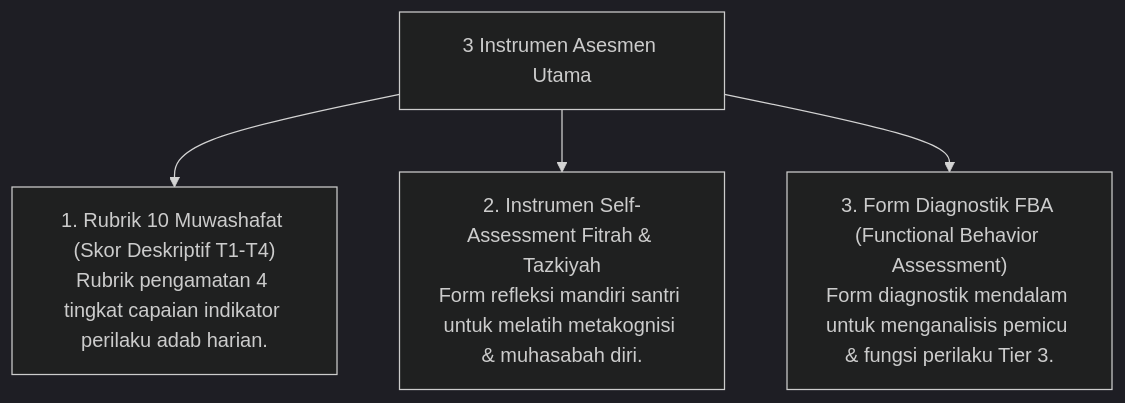
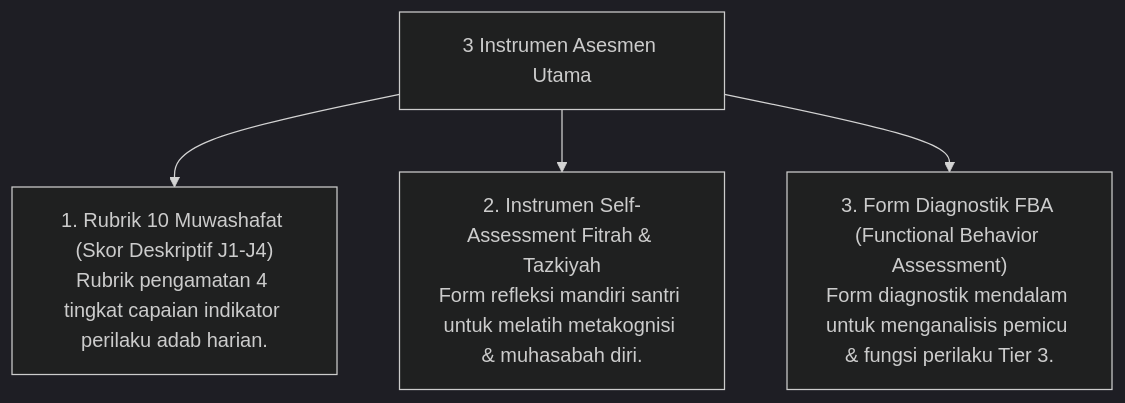
The diagram in 11 Tools/01 Assessment Tools/P11-01-Instrumen-Asesmen-Karakter.md (wandiapriliyandi/tumbuh), drawn with Mermaid (dark theme) before and after one commit. The commit also changed 209 other files, not shown here.

````diff
--- a/11 Tools/01 Assessment Tools/P11-01-Instrumen-Asesmen-Karakter.md
+++ b/11 Tools/01 Assessment Tools/P11-01-Instrumen-Asesmen-Karakter.md
@@ -14,7 +14,7 @@
 ```mermaid
 graph TD
     AssessToolsMap["3 Instrumen Asesmen Utama"]
-    AssessToolsMap --> RubrikMuwashafat["1. Rubrik 10 Muwashafat (Skor Deskriptif T1-T4)<br/>Rubrik pengamatan 4 tingkat capaian indikator perilaku adab harian."]
+    AssessToolsMap --> RubrikMuwashafat["1. Rubrik 10 Muwashafat (Skor Deskriptif J1-J4)<br/>Rubrik pengamatan 4 tingkat capaian indikator perilaku adab harian."]
     AssessToolsMap --> SelfFitrah["2. Instrumen Self-Assessment Fitrah & Tazkiyah<br/>Form refleksi mandiri santri untuk melatih metakognisi & muhasabah diri."]
     AssessToolsMap --> FBADiagnostic["3. Form Diagnostik FBA (Functional Behavior Assessment)<br/>Form diagnostik mendalam untuk menganalisis pemicu & fungsi perilaku Tier 3."]
 ```
````
